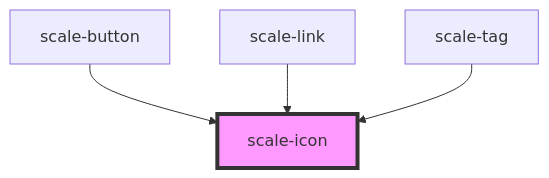
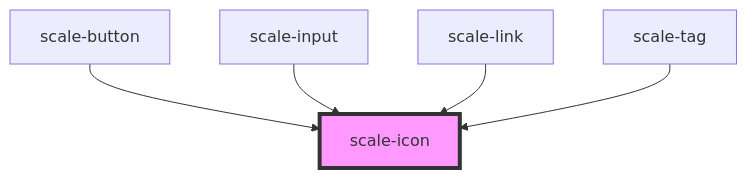
The diagram in packages/docs/stencil/content/icon/readme.md (pogibetti/scale), drawn with Mermaid before and after one commit. The commit also changed other lines of this file and 6 other files, not shown here.

````diff
--- a/packages/docs/stencil/content/icon/readme.md
+++ b/packages/docs/stencil/content/icon/readme.md
@@ -32,7 +33,8 @@
 ```mermaid
 graph TD;
   scale-button --> scale-icon
+  scale-input --> scale-icon
   scale-link --> scale-icon
   scale-tag --> scale-icon
   style scale-icon fill:#f9f,stroke:#333,stroke-width:4px
 ```
````
